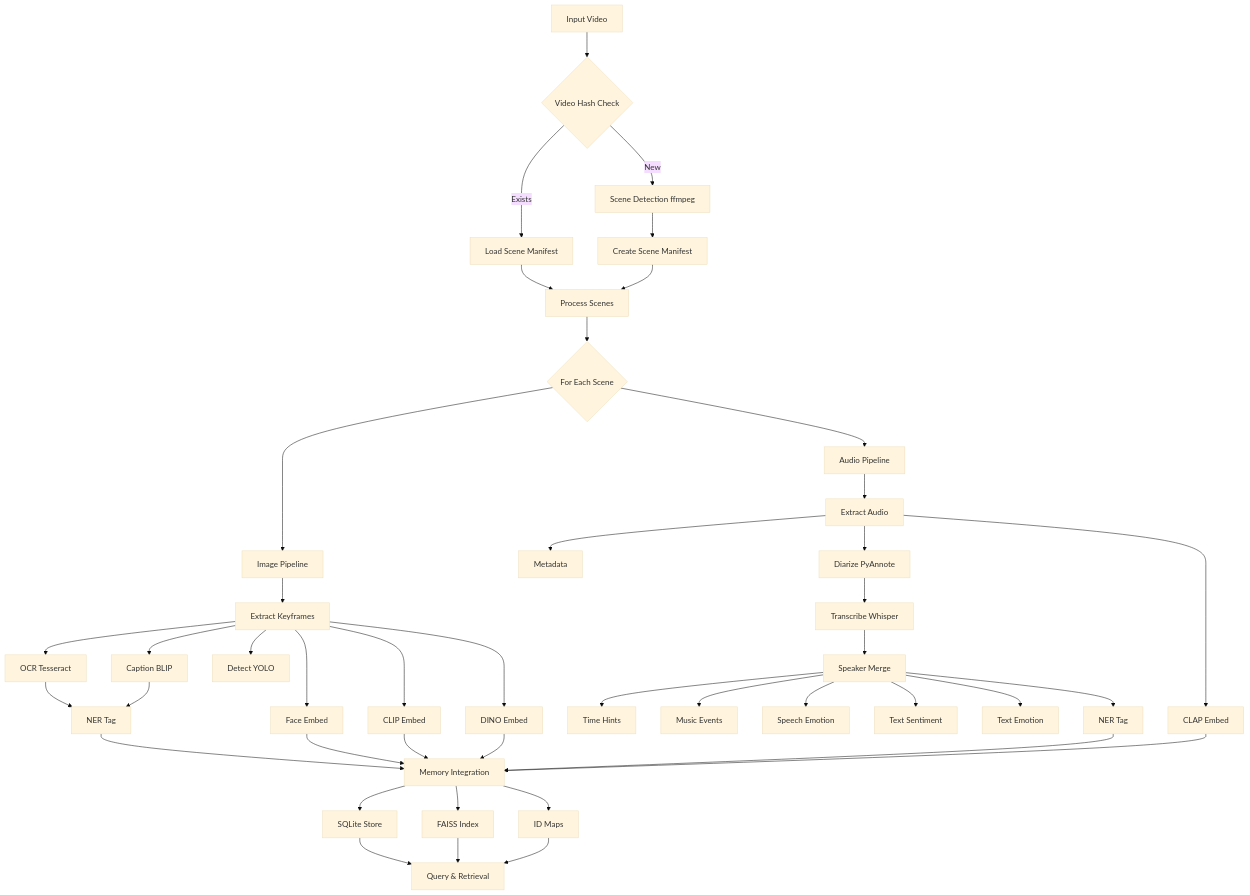
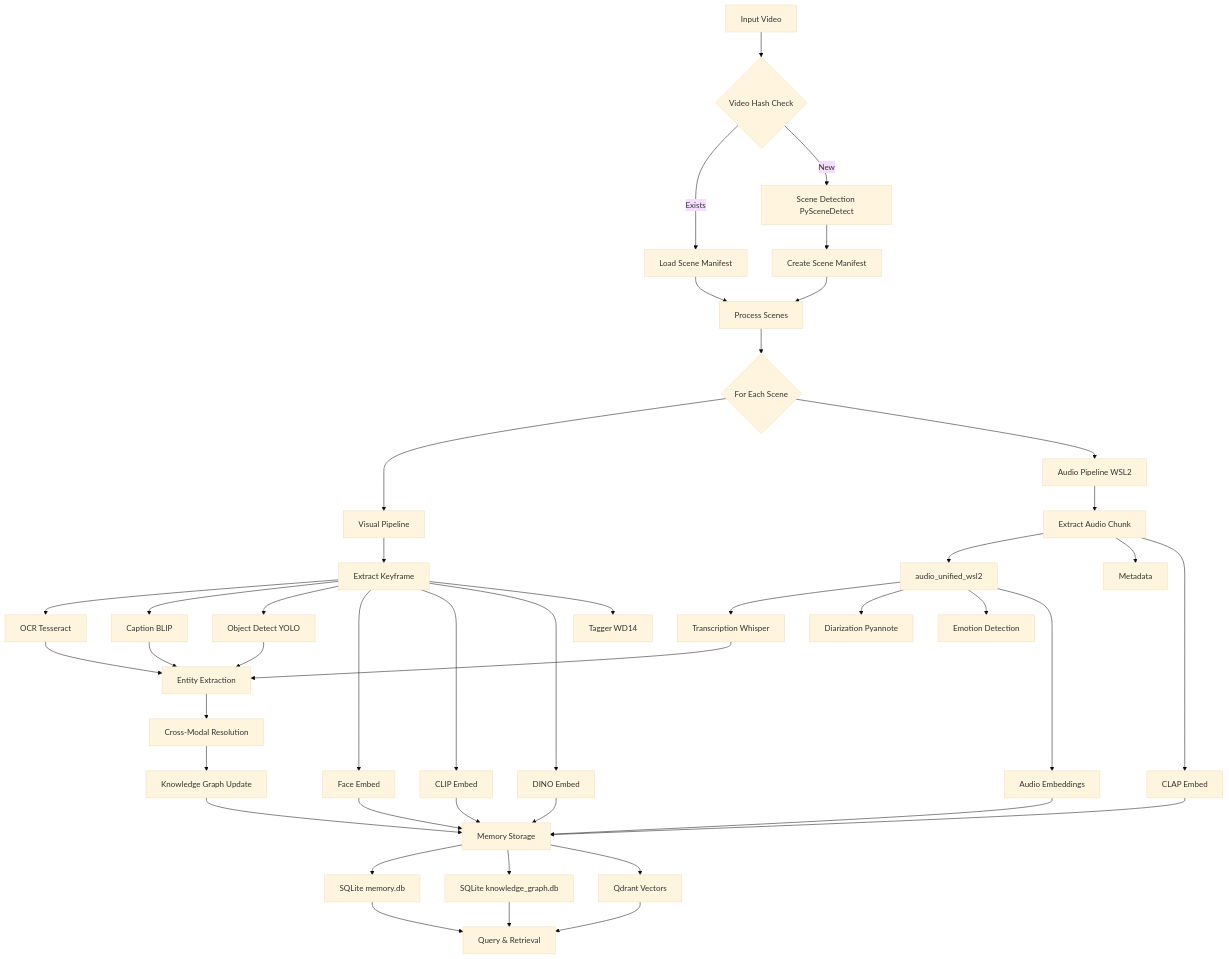
The first of 10 diagrams in docs/architecture/diagrams/PIPELINE_FLOW.md (GoodQ02/goodq-memory-engine), drawn with Mermaid (base theme) before and after one commit. The commit also changed other lines of this file and 5 other files, not shown here.

````diff
--- a/docs/architecture/diagrams/PIPELINE_FLOW.md
+++ b/docs/architecture/diagrams/PIPELINE_FLOW.md
@@ -11,53 +16,56 @@
 ```mermaid
 graph TD
     A[Input Video] --> B{Video Hash Check}
     B -->|Exists| C[Load Scene Manifest]
-    B -->|New| D[Scene Detection ffmpeg]
+    B -->|New| D[Scene Detection PySceneDetect]
     D --> E[Create Scene Manifest]
     
     C --> F[Process Scenes]
     E --> F
     
     F --> G{For Each Scene}
     
-    G --> H[Image Pipeline]
-    G --> I[Audio Pipeline]
+    G --> H[Visual Pipeline]
+    G --> I[Audio Pipeline WSL2]
     
-    H --> H1[Extract Keyframes]
+    H --> H1[Extract Keyframe]
     H1 --> H2[OCR Tesseract]
     H1 --> H3[Caption BLIP]
-    H1 --> H4[Detect YOLO]
+    H1 --> H4[Object Detect YOLO]
     H1 --> H5[Face Embed]
     H1 --> H6[CLIP Embed]
     H1 --> H7[DINO Embed]
-    H2 --> H8[NER Tag]
-    H3 --> H8
+    H1 --> H8[Tagger WD14]
     
-    I --> I1[Extract Audio]
-    I1 --> I2[Metadata]
-    I1 --> I3[Diarize PyAnnote]
-    I3 --> I4[Transcribe Whisper]
-    I4 --> I5[Speaker Merge]
-    I5 --> I6[Time Hints]
-    I5 --> I7[Music Events]
-    I5 --> I8[Speech Emotion]
-    I5 --> I9[Text Sentiment]
-    I5 --> I10[Text Emotion]
-    I5 --> I11[NER Tag]
-    I1 --> I12[CLAP Embed]
+    I --> I1[Extract Audio Chunk]
+    I1 --> I2[audio_unified_wsl2]
+    I2 --> I3[Transcription Whisper]
+    I2 --> I4[Diarization Pyannote]
+    I2 --> I5[Emotion Detection]
+    I2 --> I6[Audio Embeddings]
+    I1 --> I7[Metadata]
+    I1 --> I8[CLAP Embed]
     
-    H8 --> J[Memory Integration]
-    I11 --> J
-    H5 --> J
-    H6 --> J
-    H7 --> J
-    I12 --> J
+    H2 --> J[Entity Extraction]
+    H3 --> J
+    H4 --> J
+    I3 --> J
     
-    J --> K[SQLite Store]
-    J --> L[FAISS Index]
-    J --> M[ID Maps]
+    J --> K[Cross-Modal Resolution]
+    K --> L[Knowledge Graph Update]
     
-    K --> N[Query & Retrieval]
-    L --> N
-    M --> N
+    L --> M[Memory Storage]
+    H5 --> M
+    H6 --> M
+    H7 --> M
+    I6 --> M
+    I8 --> M
+    
+    M --> N[SQLite memory.db]
+    M --> O[SQLite knowledge_graph.db]
+    M --> P[Qdrant Vectors]
+    
+    N --> Q[Query & Retrieval]
+    O --> Q
+    P --> Q
 ```
````
